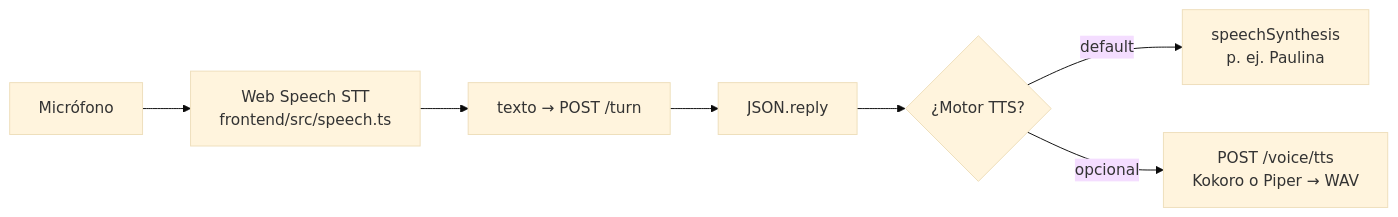
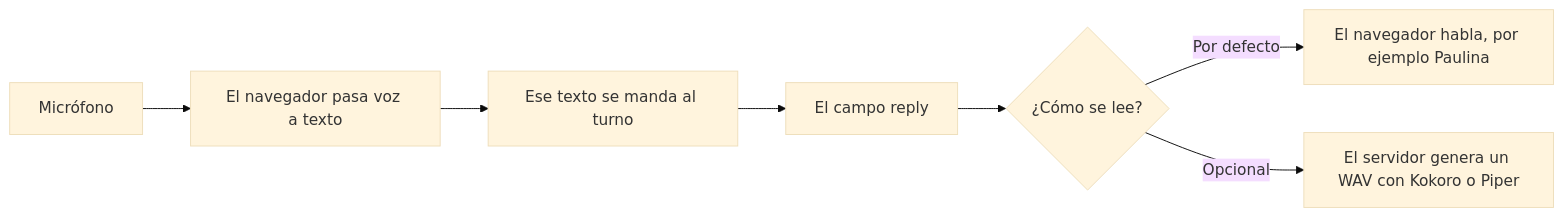
One commit to jfernand196/tech-sphere-voice-agent changed the fifth of 6 diagrams in ARCHITECTURE.md. Above: the diagram before and after it, drawn with Mermaid (base theme). The commit also changed other lines of this file, not shown here.

Commit message:
Rewrite architecture diagrams in plain language.

````diff
--- a/ARCHITECTURE.md
+++ b/ARCHITECTURE.md
@@ -155,9 +170,9 @@
 ```mermaid
 flowchart LR
-  Mic["Micrófono"] --> STT["Web Speech STT<br/>frontend/src/speech.ts"]
-  STT --> Turn["texto → POST /turn"]
-  Turn --> Reply["JSON.reply"]
-  Reply --> TTS{"¿Motor TTS?"}
-  TTS -->|default| Browser["speechSynthesis<br/>p. ej. Paulina"]
-  TTS -->|opcional| Server["POST /voice/tts<br/>Kokoro o Piper → WAV"]
+  Mic["Micrófono"] --> STT["El navegador pasa voz a texto"]
+  STT --> Turn["Ese texto se manda al turno"]
+  Turn --> Reply["El campo reply"]
+  Reply --> TTS{"¿Cómo se lee?"}
+  TTS -->|Por defecto| Browser["El navegador habla, por ejemplo Paulina"]
+  TTS -->|Opcional| Server["El servidor genera un WAV con Kokoro o Piper"]
 ```
````
